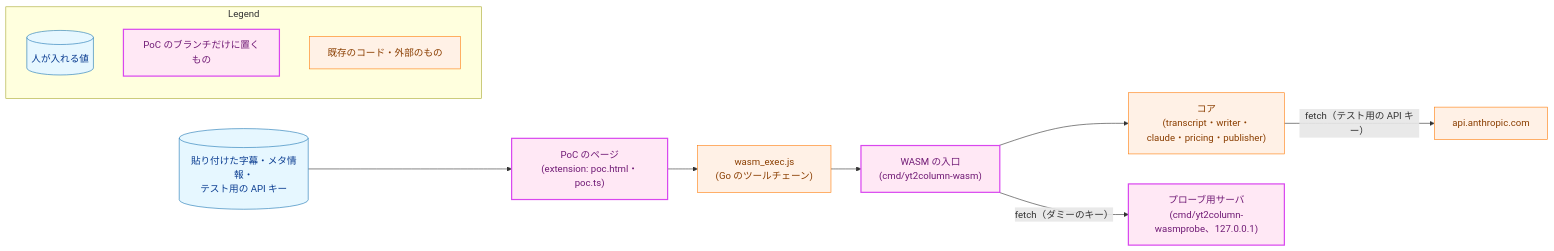
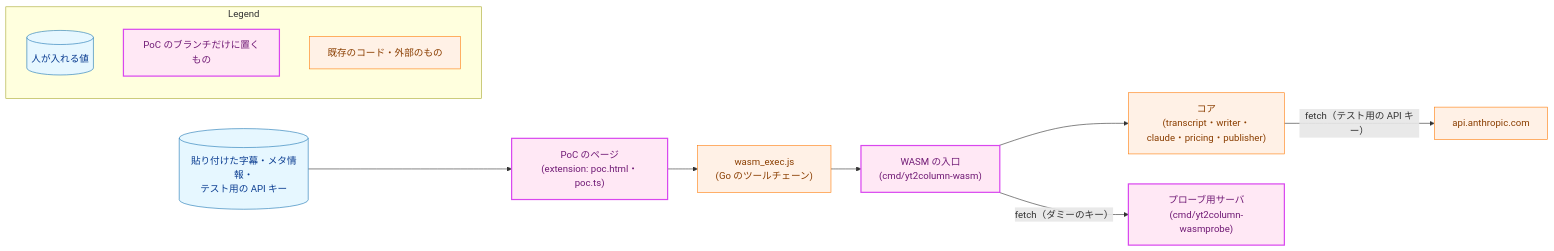
The fourth of 8 diagrams in docs/tasks/0084_wasm_pipeline_poc/02_architecture.md (isseis/yt2column), drawn with Mermaid before and after one commit. The commit also changed other lines of this file and 2 other files, not shown here.

First line of the commit message:
docs(0084): address the architecture review and the Japanese prose pass

````diff
--- a/docs/tasks/0084_wasm_pipeline_poc/02_architecture.md
+++ b/docs/tasks/0084_wasm_pipeline_poc/02_architecture.md
@@ -186,33 +224,33 @@
 ```mermaid
 flowchart LR
     classDef data fill:#e6f7ff,stroke:#1f77b4,stroke-width:1px,color:#0b3d91;
     classDef process fill:#fff1e6,stroke:#ff7f0e,stroke-width:1px,color:#8a3e00;
     classDef newpkg fill:#ffe8f5,stroke:#d946ef,stroke-width:2px,color:#701a75;
 
     USER[("貼り付けた字幕・メタ情報・<br>テスト用の API キー")]
     PAGE["PoC のページ<br>(extension: poc.html・poc.ts)"]
     GLUE["wasm_exec.js<br>(Go のツールチェーン)"]
     ENTRY["WASM の入口<br>(cmd/yt2column-wasm)"]
     CORE["コア<br>(transcript・writer・claude・pricing・publisher)"]
     API["api.anthropic.com"]
-    PROBE["プローブ用サーバ<br>(cmd/yt2column-wasmprobe、127.0.0.1)"]
+    PROBE["プローブ用サーバ<br>(cmd/yt2column-wasmprobe)"]
 
     USER --> PAGE
     PAGE --> GLUE --> ENTRY
     ENTRY --> CORE
     CORE -->|"fetch（テスト用の API キー）"| API
     ENTRY -->|"fetch（ダミーのキー）"| PROBE
 
     class USER data
     class PAGE,ENTRY,PROBE newpkg
     class GLUE,CORE,API process
 
     subgraph Legend["Legend"]
         L1[("人が入れる値")]
         L2["PoC のブランチだけに置くもの"]
         L3["既存のコード・外部のもの"]
     end
     class L1 data
     class L2 newpkg
     class L3 process
 ```
````
